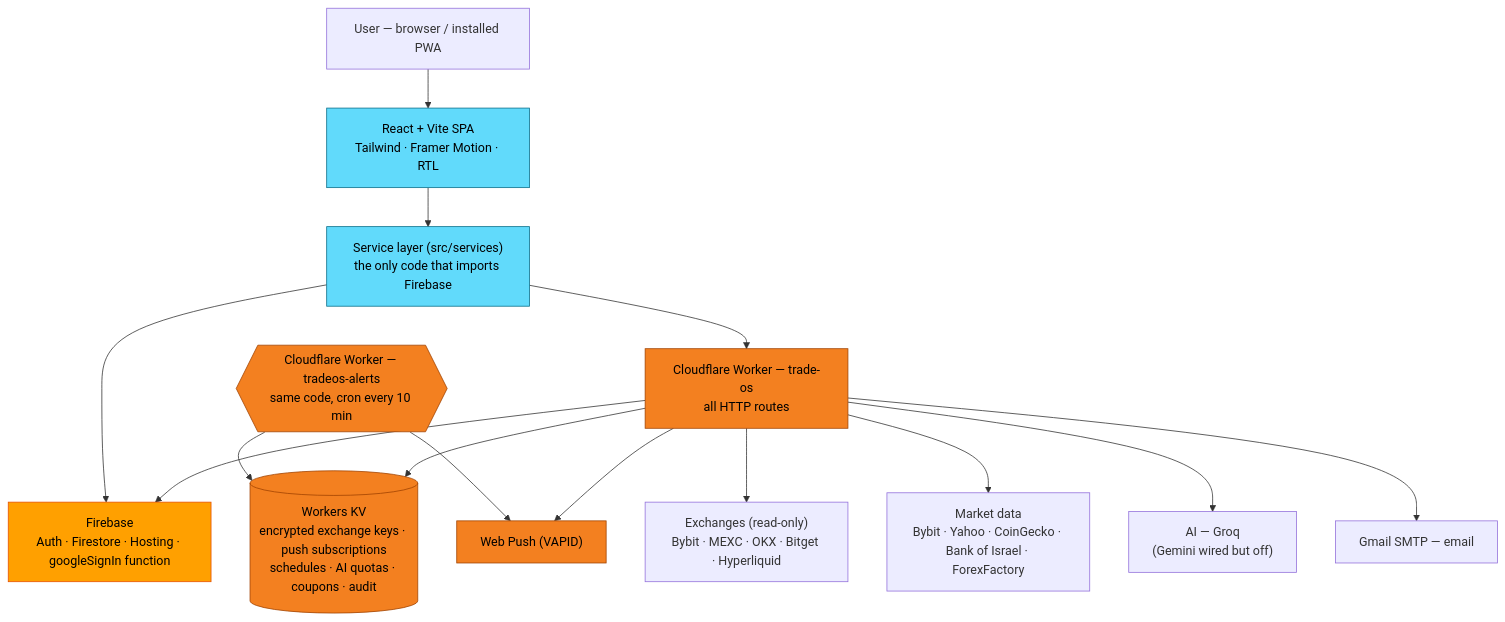
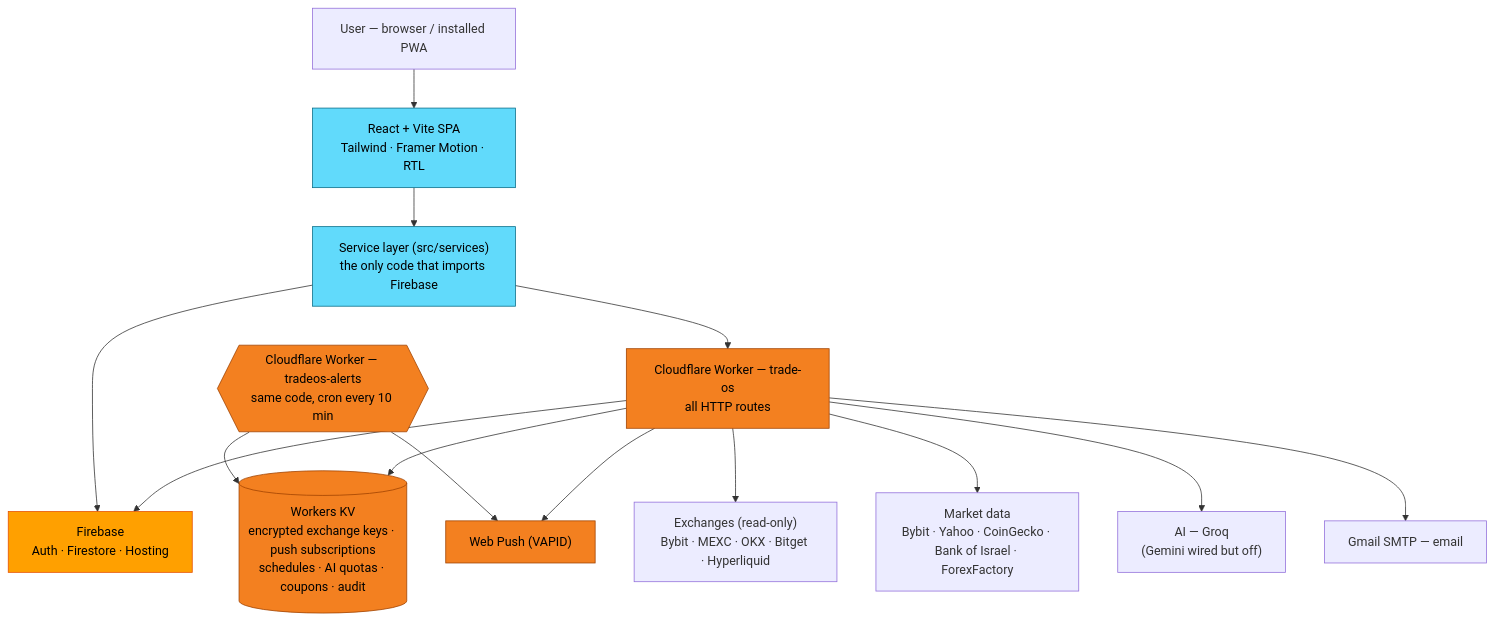
The diagram in README.md (aviniazov7/TradeOS), drawn with Mermaid before and after one commit. The commit also changed other lines of this file and 6 other files, not shown here.

First line of the commit message:
fix: remove unused googleSignIn that linked unverified emails (#610)

````diff
--- a/README.md
+++ b/README.md
@@ -92,26 +92,26 @@
 ```mermaid
 flowchart TD
     user["User — browser / installed PWA"] --> spa["React + Vite SPA<br/>Tailwind · Framer Motion · RTL"]
 
     spa --> svc["Service layer (src/services)<br/>the only code that imports Firebase"]
-    svc --> fb["Firebase<br/>Auth · Firestore · Hosting · googleSignIn function"]
+    svc --> fb["Firebase<br/>Auth · Firestore · Hosting"]
     svc --> w["Cloudflare Worker — trade-os<br/>all HTTP routes"]
 
     cron{{"Cloudflare Worker — tradeos-alerts<br/>same code, cron every 10 min"}} --> kv
     w --> kv[("Workers KV<br/>encrypted exchange keys · push subscriptions<br/>schedules · AI quotas · coupons · audit")]
     w --> fb
     cron --> push
     w --> push["Web Push (VAPID)"]
 
     w --> ex["Exchanges (read-only)<br/>Bybit · MEXC · OKX · Bitget · Hyperliquid"]
     w --> data["Market data<br/>Bybit · Yahoo · CoinGecko · Bank of Israel · ForexFactory"]
     w --> ai["AI — Groq<br/>(Gemini wired but off)"]
     w --> mail["Gmail SMTP — email"]
 
     classDef firebase fill:#FFA000,stroke:#E65100,color:#000
     classDef cloudflare fill:#F38020,stroke:#A04200,color:#000
     classDef react fill:#61DAFB,stroke:#0A6E89,color:#000
     class fb firebase
     class w,cron,kv,push cloudflare
     class spa,svc react
 ```
````
